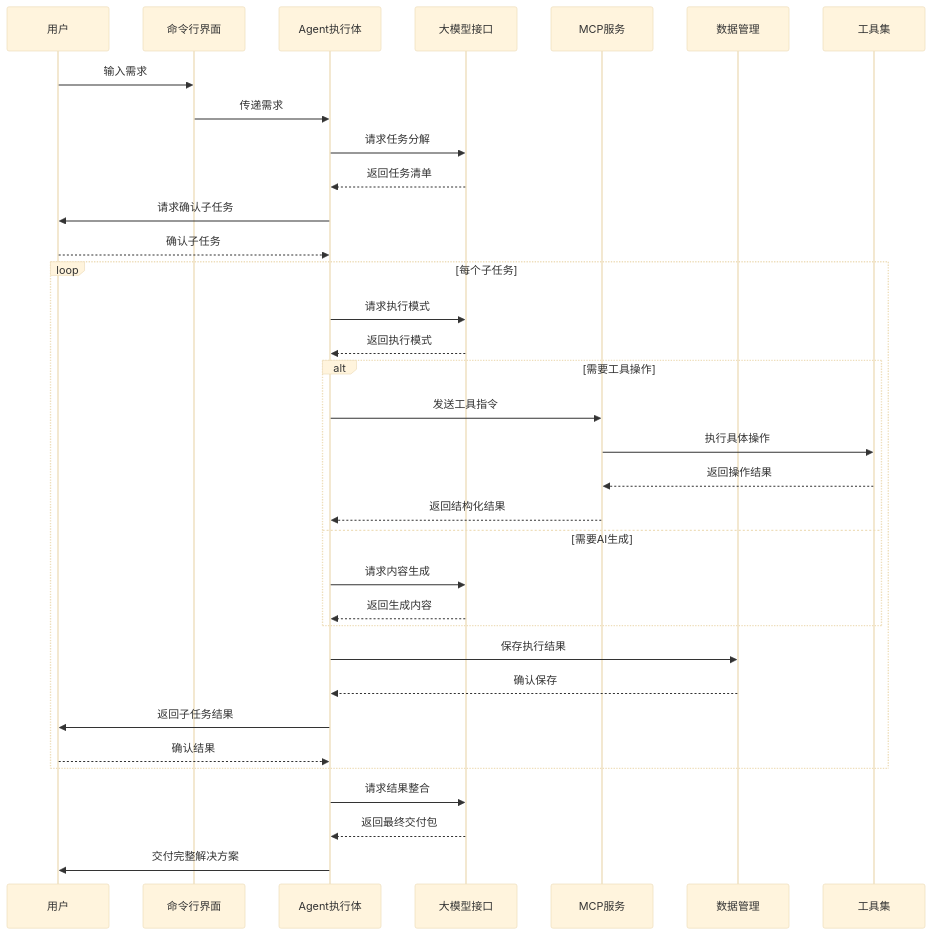
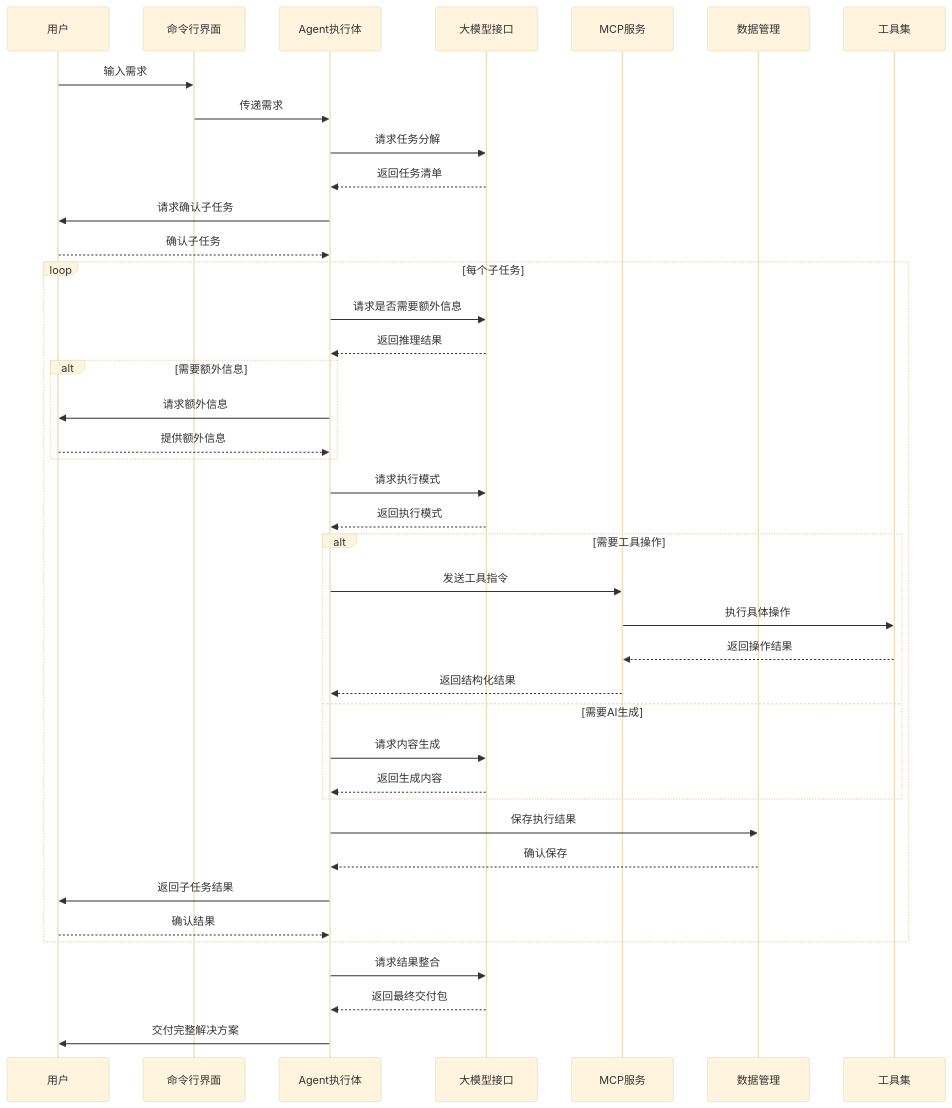
The second of 7 diagrams in doc/architecture.md (wangchengyu/AI-Agent-Flow), drawn with Mermaid (base theme) before and after one commit. The commit also changed 4 other files, not shown here.

````diff
--- a/doc/architecture.md
+++ b/doc/architecture.md
@@ -42,42 +42,50 @@
 ```mermaid
 sequenceDiagram
     participant User as 用户
     participant CLI as 命令行界面
     participant Agent as Agent执行体
     participant LLM as 大模型接口
     participant MCP as MCP服务
     participant Data as 数据管理
     participant Tools as 工具集
     
     User->>CLI: 输入需求
     CLI->>Agent: 传递需求
     Agent->>LLM: 请求任务分解
     LLM-->>Agent: 返回任务清单
     Agent->>User: 请求确认子任务
     User-->>Agent: 确认子任务
     
     loop 每个子任务
+        Agent->>LLM: 请求是否需要额外信息
+        LLM-->>Agent: 返回推理结果
+        
+        alt 需要额外信息
+            Agent->>User: 请求额外信息
+            User-->>Agent: 提供额外信息
+        end
+        
         Agent->>LLM: 请求执行模式
         LLM-->>Agent: 返回执行模式
         
         alt 需要工具操作
             Agent->>MCP: 发送工具指令
             MCP->>Tools: 执行具体操作
             Tools-->>MCP: 返回操作结果
             MCP-->>Agent: 返回结构化结果
         else 需要AI生成
             Agent->>LLM: 请求内容生成
             LLM-->>Agent: 返回生成内容
         end
         
         Agent->>Data: 保存执行结果
         Data-->>Agent: 确认保存
         
         Agent->>User: 返回子任务结果
         User-->>Agent: 确认结果
     end
     
     Agent->>LLM: 请求结果整合
     LLM-->>Agent: 返回最终交付包
     Agent->>User: 交付完整解决方案
 ```
````
